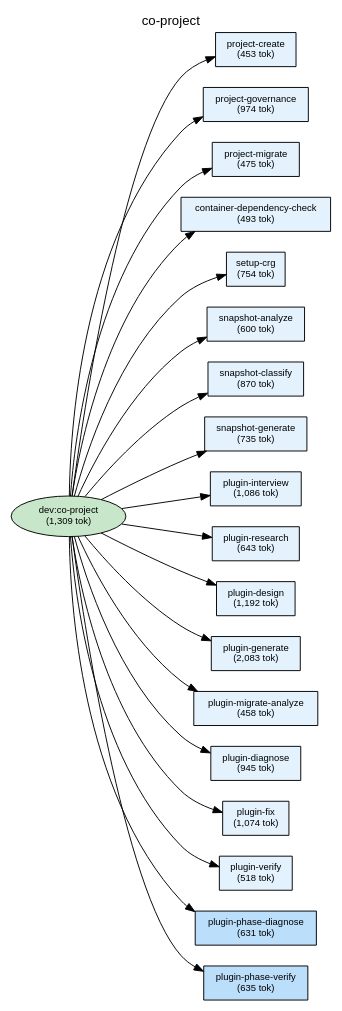
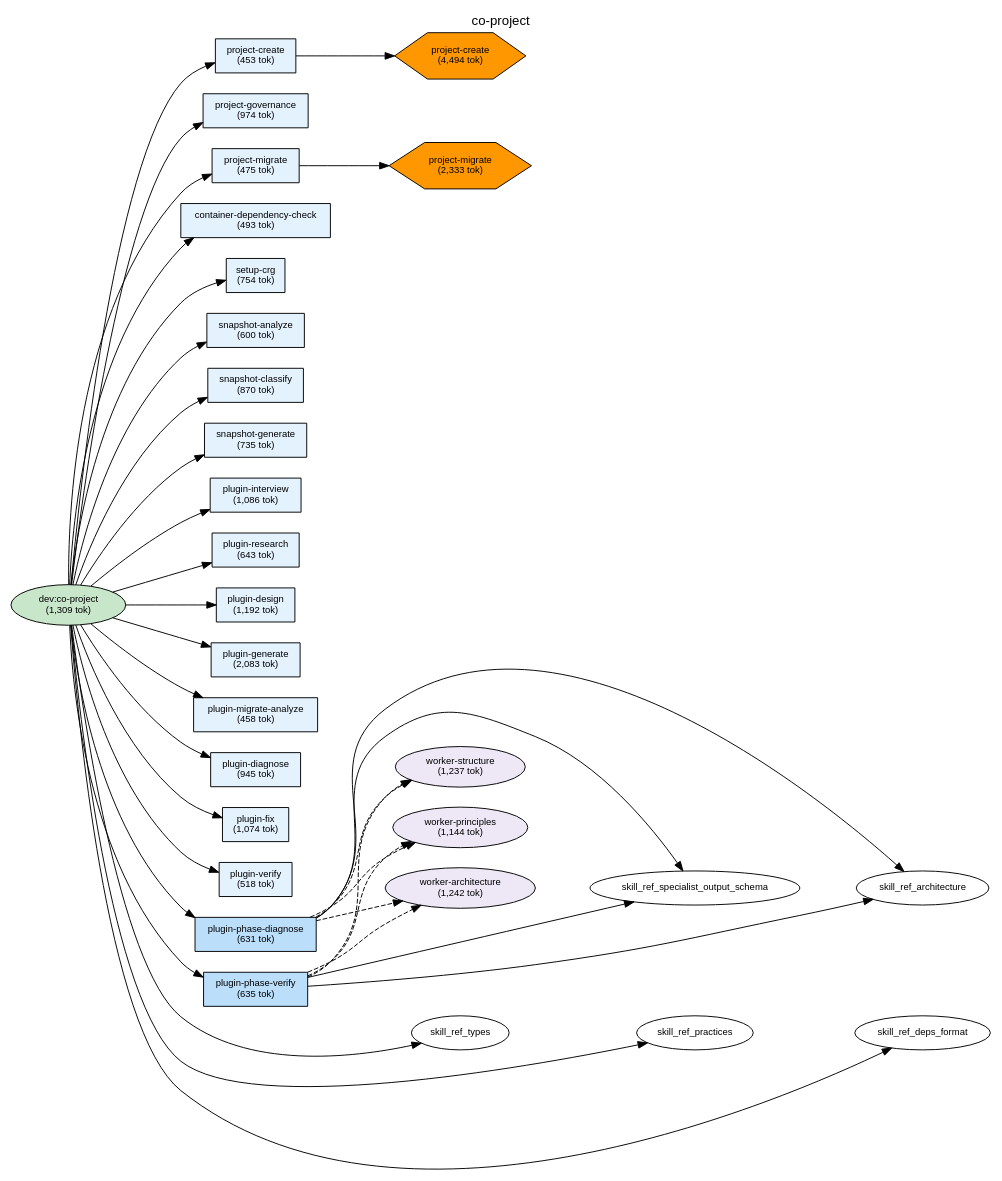
One commit to shuu5/twill changed the diagram in plugins/dev/docs/deps-co-project.dot. Above: the diagram before and after it, drawn with Graphviz. The commit also changed 22 other files, not shown here.

```diff
--- a/plugins/dev/docs/deps-co-project.dot
+++ b/plugins/dev/docs/deps-co-project.dot
@@ -1,93 +1,128 @@
 digraph Dependencies {
     // Graph settings
     rankdir=LR;
     ranksep=0.8;
     nodesep=0.3;
     fontname="Helvetica";
     node [fontname="Helvetica", fontsize=10];
     edge [fontname="Helvetica", fontsize=9];
     label="co-project";
     labelloc=t;
     fontsize=14;
 
     // L0: Controller Skills
     skill_co_project [label="dev:co-project\n(1,309 tok)", shape=ellipse, style=filled, fillcolor="#c8e6c9"];
 
     // L0: Launchers
 
     // L0.5: Workflow Skills
 
     // Reference Skills
 
     // L1: Direct Commands
     cmd_project_create [label="project-create\n(453 tok)", shape=box, style=filled, fillcolor="#e3f2fd"];
     cmd_project_governance [label="project-governance\n(974 tok)", shape=box, style=filled, fillcolor="#e3f2fd"];
     cmd_project_migrate [label="project-migrate\n(475 tok)", shape=box, style=filled, fillcolor="#e3f2fd"];
     cmd_container_dependency_check [label="container-dependency-check\n(493 tok)", shape=box, style=filled, fillcolor="#e3f2fd"];
     cmd_setup_crg [label="setup-crg\n(754 tok)", shape=box, style=filled, fillcolor="#e3f2fd"];
     cmd_snapshot_analyze [label="snapshot-analyze\n(600 tok)", shape=box, style=filled, fillcolor="#e3f2fd"];
     cmd_snapshot_classify [label="snapshot-classify\n(870 tok)", shape=box, style=filled, fillcolor="#e3f2fd"];
     cmd_snapshot_generate [label="snapshot-generate\n(735 tok)", shape=box, style=filled, fillcolor="#e3f2fd"];
     cmd_plugin_interview [label="plugin-interview\n(1,086 tok)", shape=box, style=filled, fillcolor="#e3f2fd"];
     cmd_plugin_research [label="plugin-research\n(643 tok)", shape=box, style=filled, fillcolor="#e3f2fd"];
     cmd_plugin_design [label="plugin-design\n(1,192 tok)", shape=box, style=filled, fillcolor="#e3f2fd"];
     cmd_plugin_generate [label="plugin-generate\n(2,083 tok)", shape=box, style=filled, fillcolor="#e3f2fd"];
     cmd_plugin_migrate_analyze [label="plugin-migrate-analyze\n(458 tok)", shape=box, style=filled, fillcolor="#e3f2fd"];
     cmd_plugin_diagnose [label="plugin-diagnose\n(945 tok)", shape=box, style=filled, fillcolor="#e3f2fd"];
     cmd_plugin_fix [label="plugin-fix\n(1,074 tok)", shape=box, style=filled, fillcolor="#e3f2fd"];
     cmd_plugin_verify [label="plugin-verify\n(518 tok)", shape=box, style=filled, fillcolor="#e3f2fd"];
     cmd_plugin_phase_diagnose [label="plugin-phase-diagnose\n(631 tok)", shape=box, style=filled, fillcolor="#bbdefb"];
     cmd_plugin_phase_verify [label="plugin-phase-verify\n(635 tok)", shape=box, style=filled, fillcolor="#bbdefb"];
 
     // L2: Sub Commands
 
     // L3: Agents
+    agent_worker_structure [label="worker-structure\n(1,237 tok)", shape=ellipse, style=filled, fillcolor="#ede7f6"];
+    agent_worker_principles [label="worker-principles\n(1,144 tok)", shape=ellipse, style=filled, fillcolor="#ede7f6"];
+    agent_worker_architecture [label="worker-architecture\n(1,242 tok)", shape=ellipse, style=filled, fillcolor="#ede7f6"];
 
     // L3.5: Scripts
+    script_project_create [label="project-create\n(4,494 tok)", shape=hexagon, style=filled, fillcolor="#FF9800"];
+    script_project_migrate [label="project-migrate\n(2,333 tok)", shape=hexagon, style=filled, fillcolor="#FF9800"];
 
     // L4: External
 
     // Layer constraints
     { rank=same; skill_co_project; }
     { rank=same; cmd_project_create; cmd_project_governance; cmd_project_migrate; cmd_container_dependency_check; cmd_setup_crg; cmd_snapshot_analyze; cmd_snapshot_classify; cmd_snapshot_generate; cmd_plugin_interview; cmd_plugin_research; cmd_plugin_design; cmd_plugin_generate; cmd_plugin_migrate_analyze; cmd_plugin_diagnose; cmd_plugin_fix; cmd_plugin_verify; cmd_plugin_phase_diagnose; cmd_plugin_phase_verify; }
+    { rank=same; agent_worker_structure; agent_worker_principles; agent_worker_architecture; }
+    { rank=same; script_project_create; script_project_migrate; }
 
     // Edges
     skill_co_project -> cmd_project_create;
     skill_co_project -> cmd_project_governance;
     skill_co_project -> cmd_project_migrate;
     skill_co_project -> cmd_container_dependency_check;
     skill_co_project -> cmd_setup_crg;
     skill_co_project -> cmd_snapshot_analyze;
     skill_co_project -> cmd_snapshot_classify;
     skill_co_project -> cmd_snapshot_generate;
     skill_co_project -> cmd_plugin_interview;
     skill_co_project -> cmd_plugin_research;
     skill_co_project -> cmd_plugin_design;
     skill_co_project -> cmd_plugin_generate;
     skill_co_project -> cmd_plugin_migrate_analyze;
     skill_co_project -> cmd_plugin_diagnose;
     skill_co_project -> cmd_plugin_fix;
     skill_co_project -> cmd_plugin_verify;
     skill_co_project -> cmd_plugin_phase_diagnose;
     skill_co_project -> cmd_plugin_phase_verify;
+    skill_co_project -> skill_ref_types;
+    skill_co_project -> skill_ref_practices;
+    skill_co_project -> skill_ref_deps_format;
+    cmd_project_create -> script_project_create;
+    cmd_project_migrate -> script_project_migrate;
+    cmd_plugin_phase_diagnose -> agent_worker_structure [style=dashed];
+    cmd_plugin_phase_diagnose -> agent_worker_principles [style=dashed];
+    cmd_plugin_phase_diagnose -> agent_worker_architecture [style=dashed];
+    cmd_plugin_phase_diagnose -> skill_ref_specialist_output_schema;
+    cmd_plugin_phase_diagnose -> skill_ref_architecture;
+    cmd_plugin_phase_verify -> agent_worker_structure [style=dashed];
+    cmd_plugin_phase_verify -> agent_worker_principles [style=dashed];
+    cmd_plugin_phase_verify -> agent_worker_architecture [style=dashed];
+    cmd_plugin_phase_verify -> skill_ref_specialist_output_schema;
+    cmd_plugin_phase_verify -> skill_ref_architecture;
 
     // Ordering constraints (invisible edges)
     cmd_project_create -> cmd_project_governance [style=invis, weight=10];
     cmd_project_governance -> cmd_project_migrate [style=invis, weight=10];
     cmd_project_migrate -> cmd_container_dependency_check [style=invis, weight=10];
     cmd_container_dependency_check -> cmd_setup_crg [style=invis, weight=10];
     cmd_setup_crg -> cmd_snapshot_analyze [style=invis, weight=10];
     cmd_snapshot_analyze -> cmd_snapshot_classify [style=invis, weight=10];
     cmd_snapshot_classify -> cmd_snapshot_generate [style=invis, weight=10];
     cmd_snapshot_generate -> cmd_plugin_interview [style=invis, weight=10];
     cmd_plugin_interview -> cmd_plugin_research [style=invis, weight=10];
     cmd_plugin_research -> cmd_plugin_design [style=invis, weight=10];
     cmd_plugin_design -> cmd_plugin_generate [style=invis, weight=10];
     cmd_plugin_generate -> cmd_plugin_migrate_analyze [style=invis, weight=10];
     cmd_plugin_migrate_analyze -> cmd_plugin_diagnose [style=invis, weight=10];
     cmd_plugin_diagnose -> cmd_plugin_fix [style=invis, weight=10];
     cmd_plugin_fix -> cmd_plugin_verify [style=invis, weight=10];
     cmd_plugin_verify -> cmd_plugin_phase_diagnose [style=invis, weight=10];
     cmd_plugin_phase_diagnose -> cmd_plugin_phase_verify [style=invis, weight=10];
+    cmd_plugin_phase_verify -> skill_ref_types [style=invis, weight=10];
+    skill_ref_types -> skill_ref_practices [style=invis, weight=10];
+    skill_ref_practices -> skill_ref_deps_format [style=invis, weight=10];
+    agent_worker_structure -> agent_worker_principles [style=invis, weight=10];
+    agent_worker_principles -> agent_worker_architecture [style=invis, weight=10];
+    agent_worker_architecture -> skill_ref_specialist_output_schema [style=invis, weight=10];
+    skill_ref_specialist_output_schema -> skill_ref_architecture [style=invis, weight=10];
+    agent_worker_structure -> agent_worker_principles [style=invis, weight=10];
+    agent_worker_principles -> agent_worker_architecture [style=invis, weight=10];
+    agent_worker_architecture -> skill_ref_specialist_output_schema [style=invis, weight=10];
+    skill_ref_specialist_output_schema -> skill_ref_architecture [style=invis, weight=10];
+    agent_worker_structure -> agent_worker_principles [style=invis, weight=10];
+    agent_worker_structure -> agent_worker_principles [style=invis, weight=10];
 
 }
```
